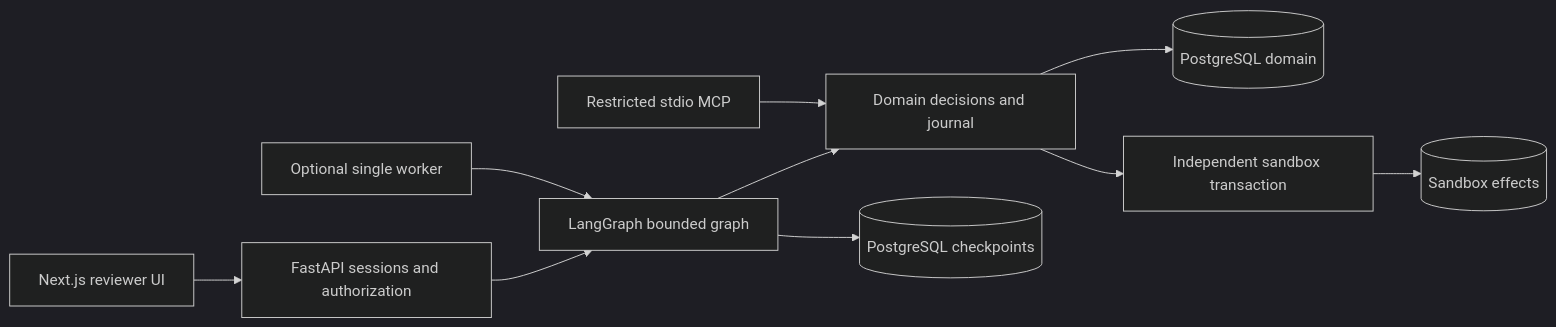
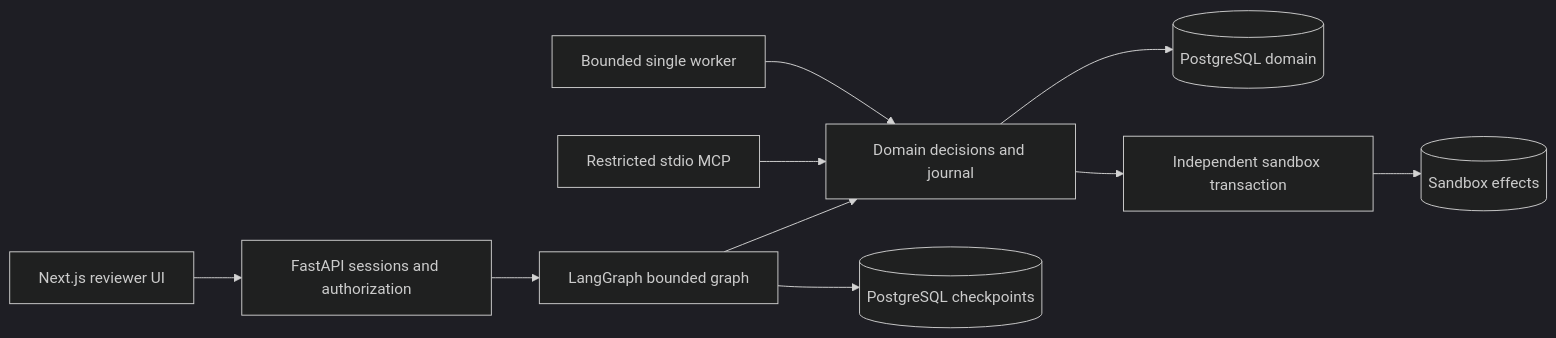
One commit to igorconrado/agent-review-workbench changed the first of 4 diagrams in docs/architecture.md. Above: the diagram before and after it, drawn with Mermaid (dark theme). The commit also changed other lines of this file and 5 other files, not shown here.

````diff
--- a/docs/architecture.md
+++ b/docs/architecture.md
@@ -17,12 +17,12 @@
 ```mermaid
 flowchart LR
   UI[Next.js reviewer UI] --> API[FastAPI sessions and authorization]
   API --> G[LangGraph bounded graph]
   G --> D[Domain decisions and journal]
   G --> C[(PostgreSQL checkpoints)]
   MCP[Restricted stdio MCP] --> D
-  Worker[Optional single worker] --> G
+  Worker[Bounded single worker] --> D
   D --> P[(PostgreSQL domain)]
   D --> S[Independent sandbox transaction]
   S --> E[(Sandbox effects)]
 ```
````
